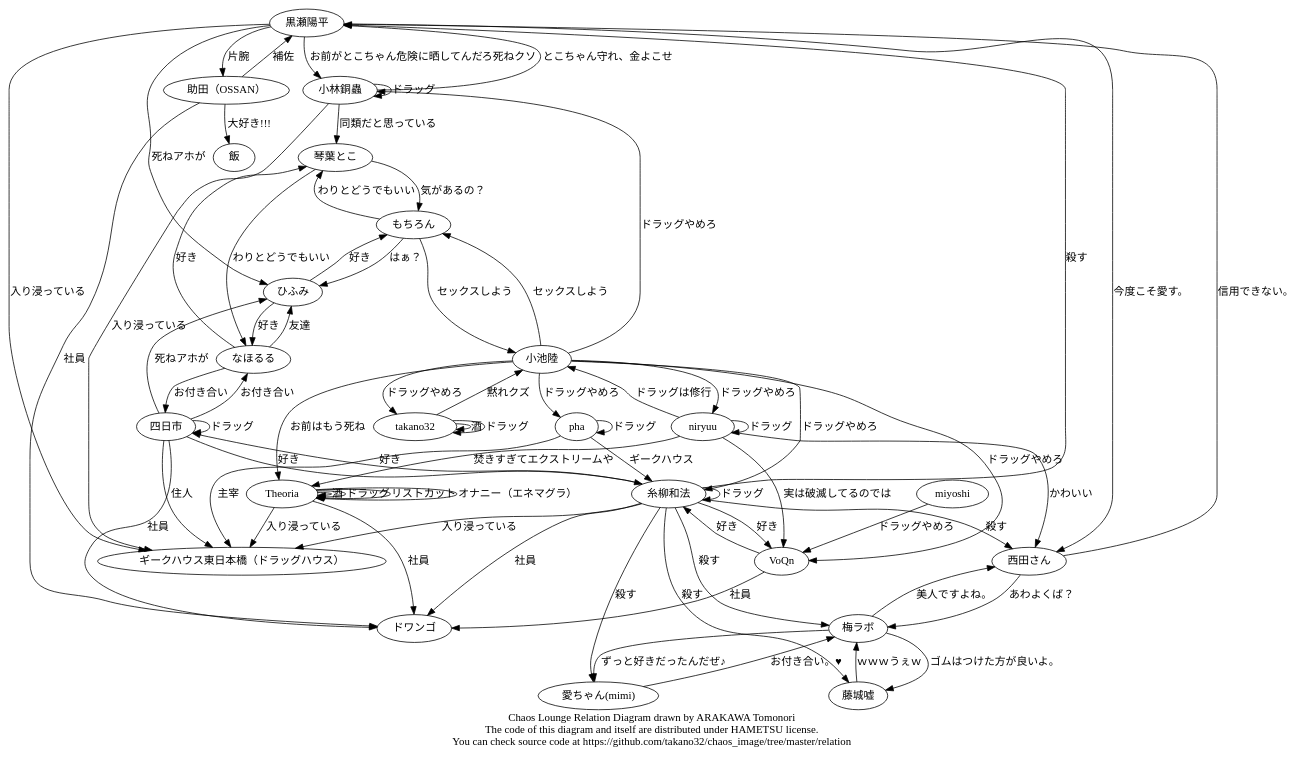
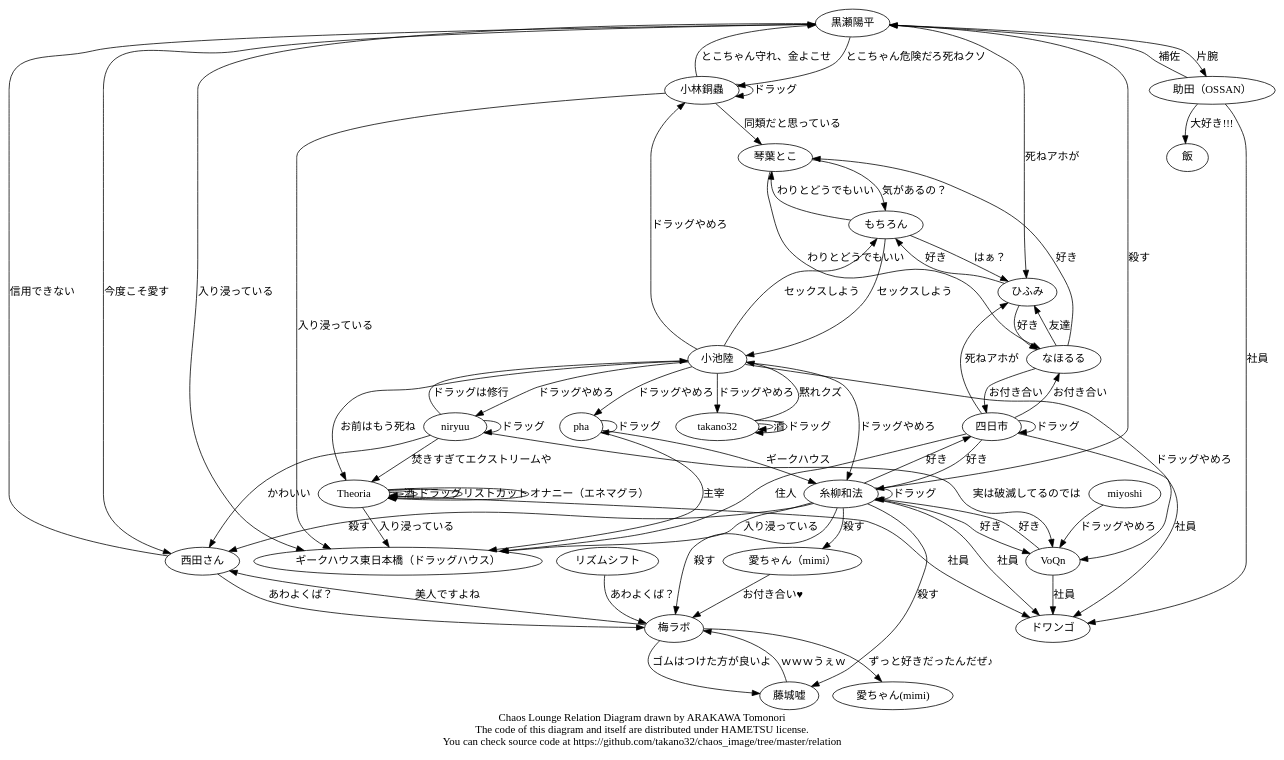
Before and after one commit to hametsu/chaos_image: the diagram in relation/chaos.dot, drawn with Graphviz.

Commit message:
リズムシフト追加

```diff
--- a/relation/chaos.dot
+++ b/relation/chaos.dot
@@ -1,83 +1,84 @@
 digraph Chaos {
   Theoria   -> Theoria  [label = "酒"];
   Theoria   -> Theoria  [label = "ドラッグ"];
   Theoria   -> Theoria  [label = "リストカット"];
   Theoria   -> Theoria  [label = "オナニー（エネマグラ）"];
-  梅ラボ    -> 藤城嘘   [label = "ゴムはつけた方が良いよ。"];
-  梅ラボ    -> 西田さん [label = "美人ですよね。"];
+  梅ラボ    -> 藤城嘘   [label = "ゴムはつけた方が良いよ"];
+  梅ラボ    -> 西田さん [label = "美人ですよね"];
   梅ラボ -> "愛ちゃん(mimi)" [label = "ずっと好きだったんだぜ♪"];
   藤城嘘   -> 梅ラボ   [label = "ｗｗｗうぇｗ"];
   西田さん -> 梅ラボ   [label = "あわよくば？"];
-  西田さん -> 黒瀬陽平 [label = "信用できない。"];
-  黒瀬陽平 -> 西田さん [label = "今度こそ愛す。"];
-  黒瀬陽平 -> 小林銅蟲 [label = "お前がとこちゃん危険に晒してんだろ死ねクソ"];
+  リズムシフト -> 梅ラボ [label = "あわよくば？"];
+  西田さん -> 黒瀬陽平 [label = "信用できない"];
+  黒瀬陽平 -> 西田さん [label = "今度こそ愛す"];
+  黒瀬陽平 -> 小林銅蟲 [label = "とこちゃん危険だろ死ねクソ"];
   黒瀬陽平 -> ひふみ [label = "死ねアホが"];
   黒瀬陽平 -> 助田（OSSAN） [label =  "片腕"];
   助田（OSSAN） -> 黒瀬陽平 [label = "補佐"];
   助田（OSSAN） -> 飯 [label = "大好き!!!"];
-  "愛ちゃん(mimi)" -> 梅ラボ [label = "お付き合い。♥"];
+  愛ちゃん（mimi） -> 梅ラボ [label = "お付き合い♥"];
   糸柳和法 -> 梅ラボ  [label = "殺す"];
   糸柳和法 -> 藤城嘘   [label = "殺す"];
   糸柳和法 -> 黒瀬陽平 [label = "殺す"];
   糸柳和法 -> 西田さん [label = "殺す"];
-  糸柳和法 -> "愛ちゃん(mimi)" [label = "殺す"];
+  糸柳和法 -> 愛ちゃん（mimi） [label = "殺す"];
   糸柳和法 -> 四日市 [label = "好き"];
   糸柳和法 -> VoQn [label = "好き"];
   糸柳和法 -> 糸柳和法 [label = "ドラッグ"];
   pha -> 糸柳和法 [label = "ギークハウス"];
   pha -> pha [label = "ドラッグ"];
   小池陸 -> 糸柳和法 [label = "ドラッグやめろ"];
   小池陸 -> takano32 [label = "ドラッグやめろ"];
   小池陸 -> 小林銅蟲 [label = "ドラッグやめろ"];
   小池陸 -> VoQn [label = "ドラッグやめろ"];
   小池陸 -> もちろん [label = "セックスしよう"];
   小池陸 -> niryuu [label = "ドラッグやめろ"];
   小池陸 -> pha [label = "ドラッグやめろ"];
   小池陸 -> Theoria [label = "お前はもう死ね"];
   もちろん -> 小池陸 [label = "セックスしよう"];
   もちろん -> 琴葉とこ [label = "わりとどうでもいい"];
   もちろん -> ひふみ [label = "はぁ？"];
   miyoshi -> VoQn [label = "ドラッグやめろ"];
   小林銅蟲 -> 黒瀬陽平 [label = "とこちゃん守れ、金よこせ"];
   小林銅蟲 -> 琴葉とこ [label = "同類だと思っている"];
   小林銅蟲 -> 小林銅蟲 [label = "ドラッグ"];
   takano32 -> 小池陸 [label = "黙れクズ"];
   takano32 -> takano32 [label = "酒"];
   takano32 -> takano32 [label = "ドラッグ"];
   なほるる -> 琴葉とこ [label = "好き"];
   なほるる -> 四日市 [label = "お付き合い"];
   なほるる -> ひふみ [label = "友達"];
   琴葉とこ -> なほるる [label = "わりとどうでもいい"];
   琴葉とこ -> もちろん [label = "気があるの？"];
   四日市 -> なほるる [label = "お付き合い"];
   四日市 -> 糸柳和法 [label = "好き"];
   四日市 -> 四日市 [label = "ドラッグ"];
   四日市 -> ひふみ [label = "死ねアホが"];
   ひふみ -> なほるる [label = "好き"];
   ひふみ -> もちろん [label = "好き"];
   VoQn -> 糸柳和法 [label = "好き"];
   niryuu -> 小池陸 [label = "ドラッグは修行"];
   niryuu -> niryuu [label = "ドラッグ"];
   niryuu -> Theoria [label = "焚きすぎてエクストリームや"];
   niryuu -> VoQn [label = "実は破滅してるのでは"];
   niryuu -> 西田さん [label = "かわいい"];
 
   糸柳和法 -> ギークハウス東日本橋（ドラッグハウス）[label = "入り浸っている"];
   黒瀬陽平 -> ギークハウス東日本橋（ドラッグハウス）[label = "入り浸っている"];
   Theoria -> ギークハウス東日本橋（ドラッグハウス）[label = "入り浸っている"];
   小林銅蟲 -> ギークハウス東日本橋（ドラッグハウス）[label = "入り浸っている"];
   pha -> ギークハウス東日本橋（ドラッグハウス）[label = "主宰"];
   四日市 -> ギークハウス東日本橋（ドラッグハウス） [label = "住人"];
 
   糸柳和法 -> ドワンゴ [label = "社員"];
   Theoria -> ドワンゴ [label = "社員"];
   VoQn -> ドワンゴ [label = "社員"];
   四日市 -> ドワンゴ [label = "社員"];
   助田（OSSAN） -> ドワンゴ [label = "社員"];
   subgraph cluster_hoge {
     style = filled;
     color = lightgrey;
     // see also http://graphviz.org/content/cluster
   }
   label = "Chaos Lounge Relation Diagram drawn by ARAKAWA Tomonori\nThe code of this diagram and itself are distributed under HAMETSU license.\nYou can check source code at https://github.com/takano32/chaos_image/tree/master/relation";
 }
```
